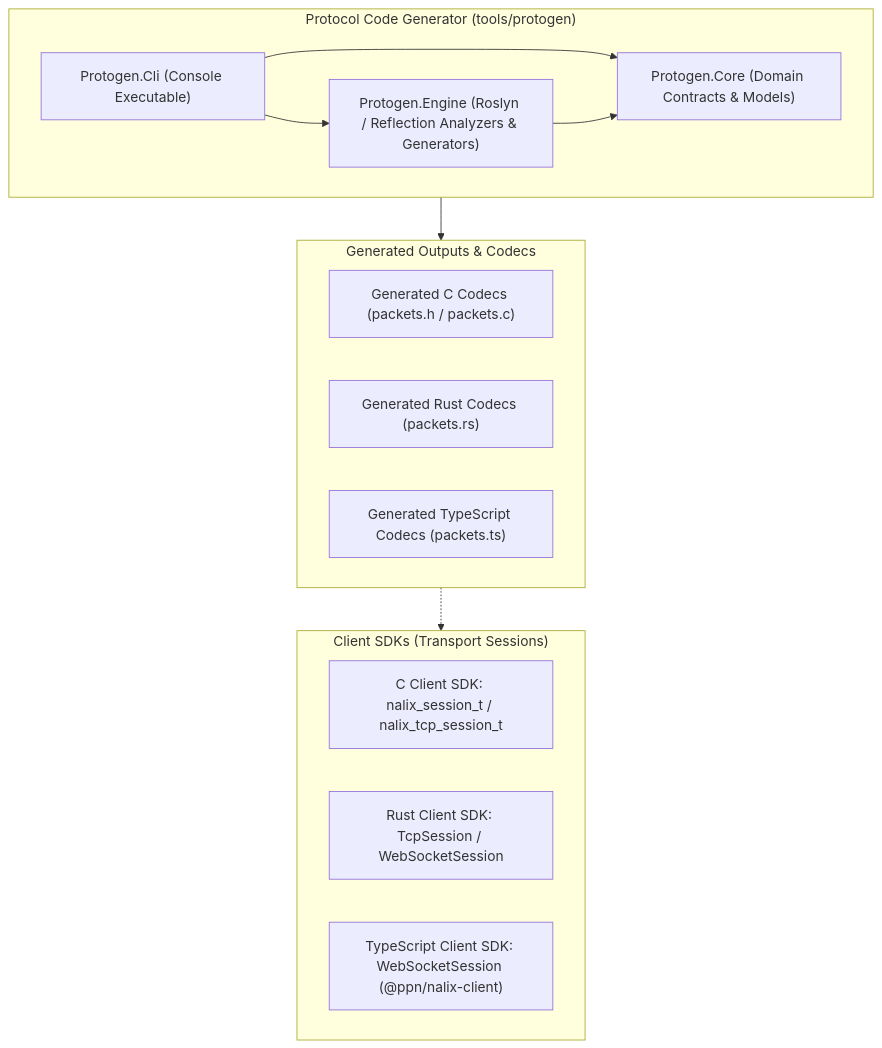
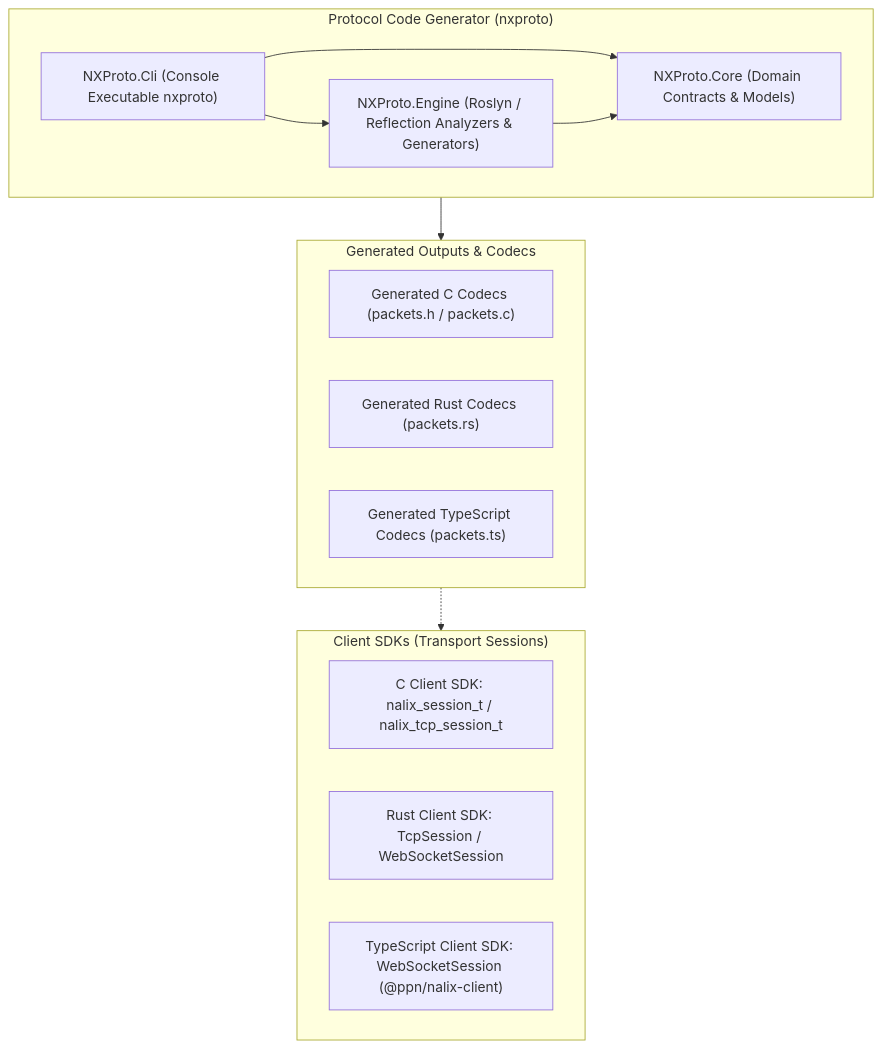
The first of 3 diagrams in docs/ARCHITECTURE.md (ppn-systems/nalix-native), drawn with Mermaid before and after one commit. The commit also changed other lines of this file and 74 other files, not shown here.

Commit message:
refactor(nxproto): rename protogen to NXProto, relocate to root, apply DDD/SOLID, and expand multi-project test suite

````diff
--- a/docs/ARCHITECTURE.md
+++ b/docs/ARCHITECTURE.md
@@ -11,26 +11,26 @@
 ```mermaid
 graph TD
     subgraph Clients ["Client SDKs (Transport Sessions)"]
         ClientC["C Client SDK: nalix_session_t / nalix_tcp_session_t"]
         ClientRust["Rust Client SDK: TcpSession / WebSocketSession"]
         ClientTS["TypeScript Client SDK: WebSocketSession (@ppn/nalix-client)"]
     end
 
-    subgraph Tooling ["Protocol Code Generator (tools/protogen)"]
-        CLI["Protogen.Cli (Console Executable)"]
-        Core["Protogen.Core (Domain Contracts & Models)"]
-        Engine["Protogen.Engine (Roslyn / Reflection Analyzers & Generators)"]
+    subgraph Tooling ["Protocol Code Generator (nxproto)"]
+        CLI["NXProto.Cli (Console Executable nxproto)"]
+        Core["NXProto.Core (Domain Contracts & Models)"]
+        Engine["NXProto.Engine (Roslyn / Reflection Analyzers & Generators)"]
         CLI --> Core
         CLI --> Engine
         Engine --> Core
     end
 
     subgraph Outputs ["Generated Outputs & Codecs"]
         CCodecs["Generated C Codecs (packets.h / packets.c)"]
         RustCodecs["Generated Rust Codecs (packets.rs)"]
         TSCodecs["Generated TypeScript Codecs (packets.ts)"]
     end
 
     Tooling --> Outputs
     Outputs -.-> Clients
 ```
````
